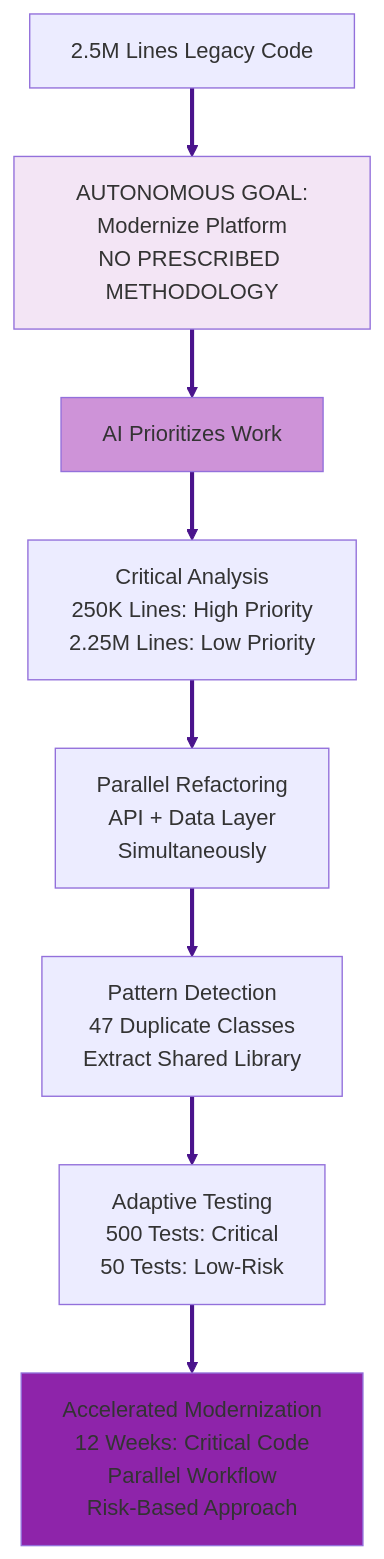
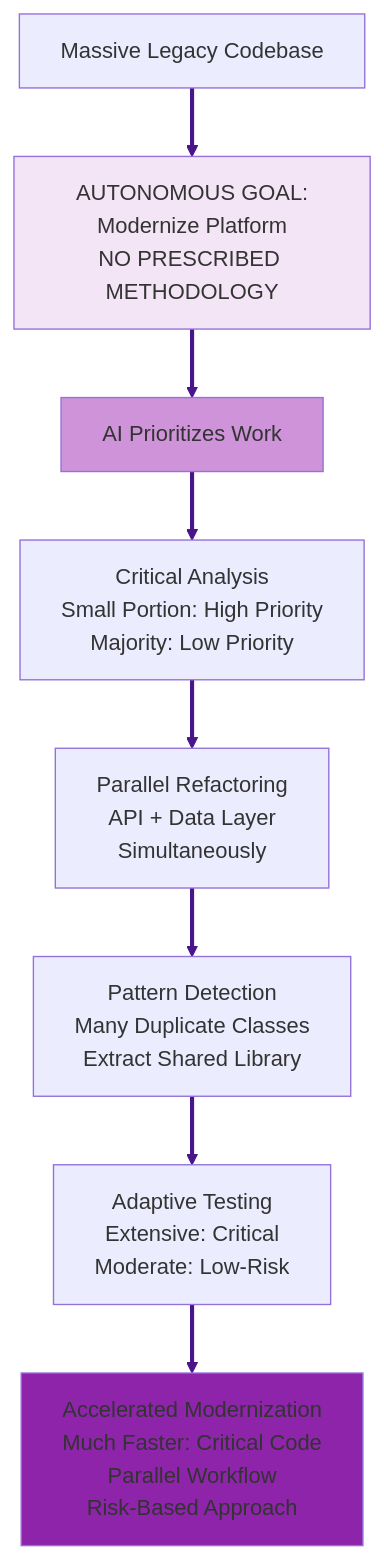
One commit to whatevergeek/agentic_vs_deterministic changed the third of 6 diagrams in debate_shortlisted_topics_slide_prep-topic4&6-usecase-set04-v2.md. Above: the diagram before and after it, drawn with Mermaid. The commit also changed other lines of this file, not shown here.

````diff
--- a/debate_shortlisted_topics_slide_prep-topic4&6-usecase-set04-v2.md
+++ b/debate_shortlisted_topics_slide_prep-topic4&6-usecase-set04-v2.md
@@ -105,16 +105,16 @@
 ```mermaid
 graph TD
-    A["2.5M Lines Legacy Code"] --> B["AUTONOMOUS GOAL:<br/>Modernize Platform<br/>NO PRESCRIBED METHODOLOGY"]
+    A["Massive Legacy Codebase"] --> B["AUTONOMOUS GOAL:<br/>Modernize Platform<br/>NO PRESCRIBED METHODOLOGY"]
     B --> C["AI Prioritizes Work"]
-    C --> D["Critical Analysis<br/>250K Lines: High Priority<br/>2.25M Lines: Low Priority"]
+    C --> D["Critical Analysis<br/>Small Portion: High Priority<br/>Majority: Low Priority"]
     D --> E["Parallel Refactoring<br/>API + Data Layer<br/>Simultaneously"]
-    E --> F["Pattern Detection<br/>47 Duplicate Classes<br/>Extract Shared Library"]
-    F --> G["Adaptive Testing<br/>500 Tests: Critical<br/>50 Tests: Low-Risk"]
-    G --> H["Accelerated Modernization<br/>12 Weeks: Critical Code<br/>Parallel Workflow<br/>Risk-Based Approach"]
+    E --> F["Pattern Detection<br/>Many Duplicate Classes<br/>Extract Shared Library"]
+    F --> G["Adaptive Testing<br/>Extensive: Critical<br/>Moderate: Low-Risk"]
+    G --> H["Accelerated Modernization<br/>Much Faster: Critical Code<br/>Parallel Workflow<br/>Risk-Based Approach"]
     
     style B fill:#f3e5f5
     style C fill:#ce93d8
     style H fill:#8e24aa
     
     linkStyle 0,1,2,3,4,5,6 stroke:#4a148c,stroke-width:3px
 ```
````
